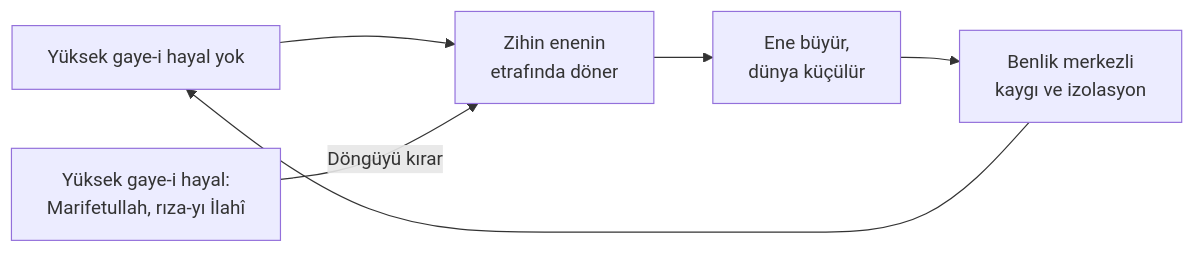
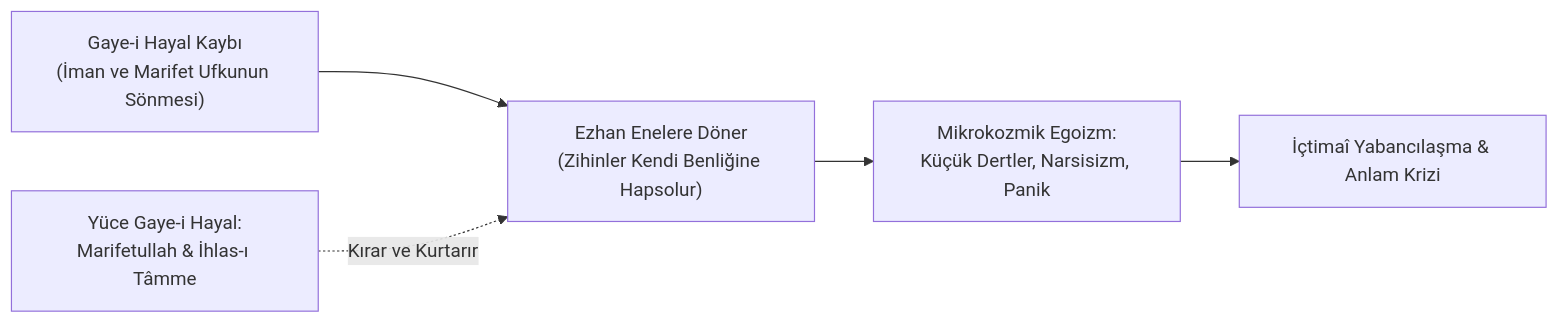
Before and after one commit to bahattinyunus/tilsim-i-kainat: the second of 2 diagrams in docs/nubuvvet-ve-felsefe.md, drawn with Mermaid. The commit also changed other lines of this file and 8 other files, not shown here.

````diff
--- a/docs/nubuvvet-ve-felsefe.md
+++ b/docs/nubuvvet-ve-felsefe.md
@@ -66,8 +70,8 @@
 ```mermaid
 flowchart LR
-    A["Yüksek gaye-i hayal yok"] --> B["Zihin enenin<br/>etrafında döner"]
-    B --> C["Ene büyür,<br/>dünya küçülür"]
-    C --> D["Benlik merkezli<br/>kaygı ve izolasyon"]
-    D --> A
-    E["Yüksek gaye-i hayal:<br/>Marifetullah, rıza-yı İlahî"] -->|"Döngüyü kırar"| B
+    A["Gaye-i Hayal Kaybı<br/>(İman ve Marifet Ufkunun Sönmesi)"] --> B["Ezhan Enelere Döner<br/>(Zihinler Kendi Benliğine Hapsolur)"]
+    B --> C["Mikrokozmik Egoizm:<br/>Küçük Dertler, Narsisizm, Panik"]
+    C --> D["İçtimaî Yabancılaşma & Anlam Krizi"]
+    
+    Kurtulus["Yüce Gaye-i Hayal:<br/>Marifetullah & İhlas-ı Tâmme"] -.->|"Kırar ve Kurtarır"| B
 ```
````
